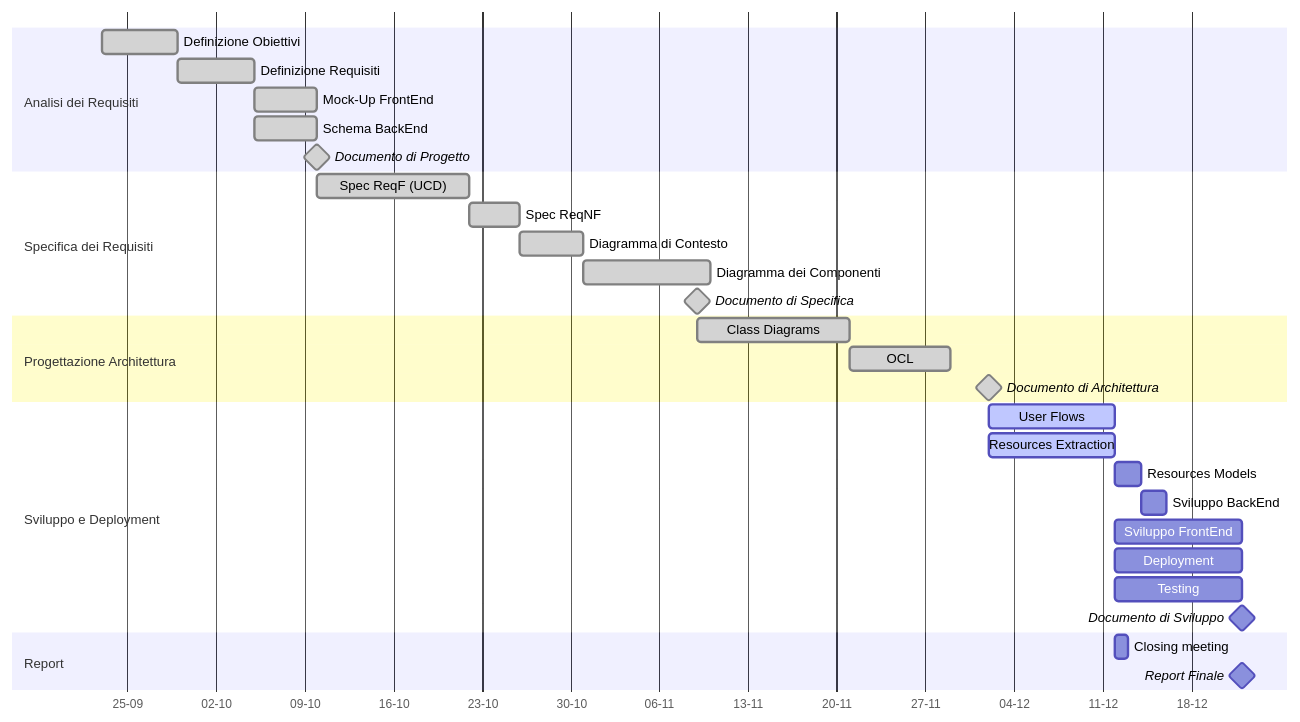
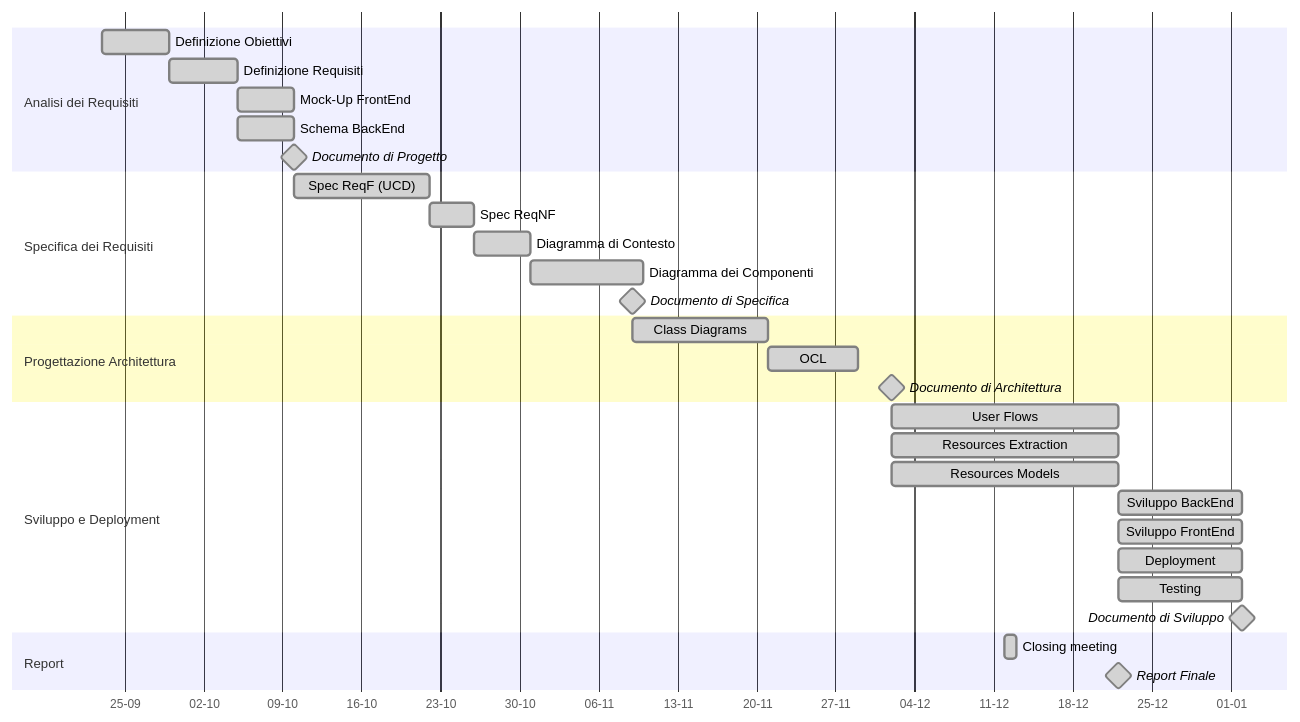
One commit to amanfucci/ardeeno-workondeliverables changed the second of 2 diagrams in deliverables/d5/report-finale.qmd. Above: the diagram before and after it, drawn with Mermaid. The commit also changed other lines of this file and 18 other files, not shown here.

````diff
--- a/deliverables/d5/report-finale.qmd
+++ b/deliverables/d5/report-finale.qmd
@@ -120,41 +128,41 @@
 ```{mermaid}
 %%| fig-width: 6.5in
 %%| fig-height: 6in
 gantt
-  dateFormat DD-MM
+  dateFormat DD-MM-YY
   axisFormat %d-%m
 
   section Analisi dei Requisiti
-  Definizione Obiettivi :done, a0, 23-09, 29-09
-  Definizione Requisiti :done,a1, after a0, 05-10
-  Mock-Up FrontEnd :done,a2, after a1, 10-10 
-  Schema BackEnd :done,a3, after a1, 10-10
-  Documento di Progetto :done,milestone, am, 10-10, 0d
+  Definizione Obiettivi :done, a0, 23-09-22, 29-09-22
+  Definizione Requisiti :done,a1, after a0, 05-10-22
+  Mock-Up FrontEnd :done,a2, after a1, 10-10-22
+  Schema BackEnd :done,a3, after a1, 10-10-22
+  Documento di Progetto :done,milestone, am, 10-10-22, 0d
   
   section Specifica dei Requisiti
   Spec ReqF (UCD) :done,s0, after am, 12d
   Spec ReqNF :done,s1, after s0, 4d
   Diagramma di Contesto :done,s2, after s1, 5d
   Diagramma dei Componenti :done, s3, after s2, 10d
-  Documento di Specifica :done, milestone, sm, 09-11, 0d
+  Documento di Specifica :done, milestone, sm, 09-11-22, 0d
 
   section Progettazione Architettura
   Class Diagrams :done, pa0, after sm, 12d
   OCL :done, pa1, after pa0, 8d
-  Documento di Architettura :done, milestone, pam, 02-12, 0d
+  Documento di Architettura :done, milestone, pam, 02-12-22, 0d
 
   section Sviluppo e Deployment
 
-  User Flows :active, d0, after pam, 12-12
-  Resources Extraction :active, d1, after pam, 12-12
-  Resources Models :d2, after d1, 2d
-  Sviluppo BackEnd :d3, after d2, 2d
-  Sviluppo FrontEnd :d4, after d0, 22-12
-  Deployment :d5, after d0, 22-12
-  Testing :d6, after d0, 22-12
-  Documento di Sviluppo :milestone, dm, 22-12, 0d
+  User Flows :done, d0, after pam, 22-12-22
+  Resources Extraction :done, d1, after pam, 22-12-22
+  Resources Models :done, d2, after pam, 22-12-22
+  Sviluppo BackEnd :done, d3, after d2, 02-01-23
+  Sviluppo FrontEnd :done, d4, after d0, 02-01-23
+  Deployment :done, d5, after d0, 02-01-23
+  Testing :done, d6, after d0, 02-01-23
+  Documento di Sviluppo :done, milestone, dm, 02-01-23, 0d
 
   section Report
-  Closing meeting :i0, 12-12, 1d
-  Report Finale :milestone, fm, 22-12, 0d
+  Closing meeting :done, i0, 12-12-22, 1d
+  Report Finale :done, milestone, fm, 22-12-22, 0d
 ```
````
